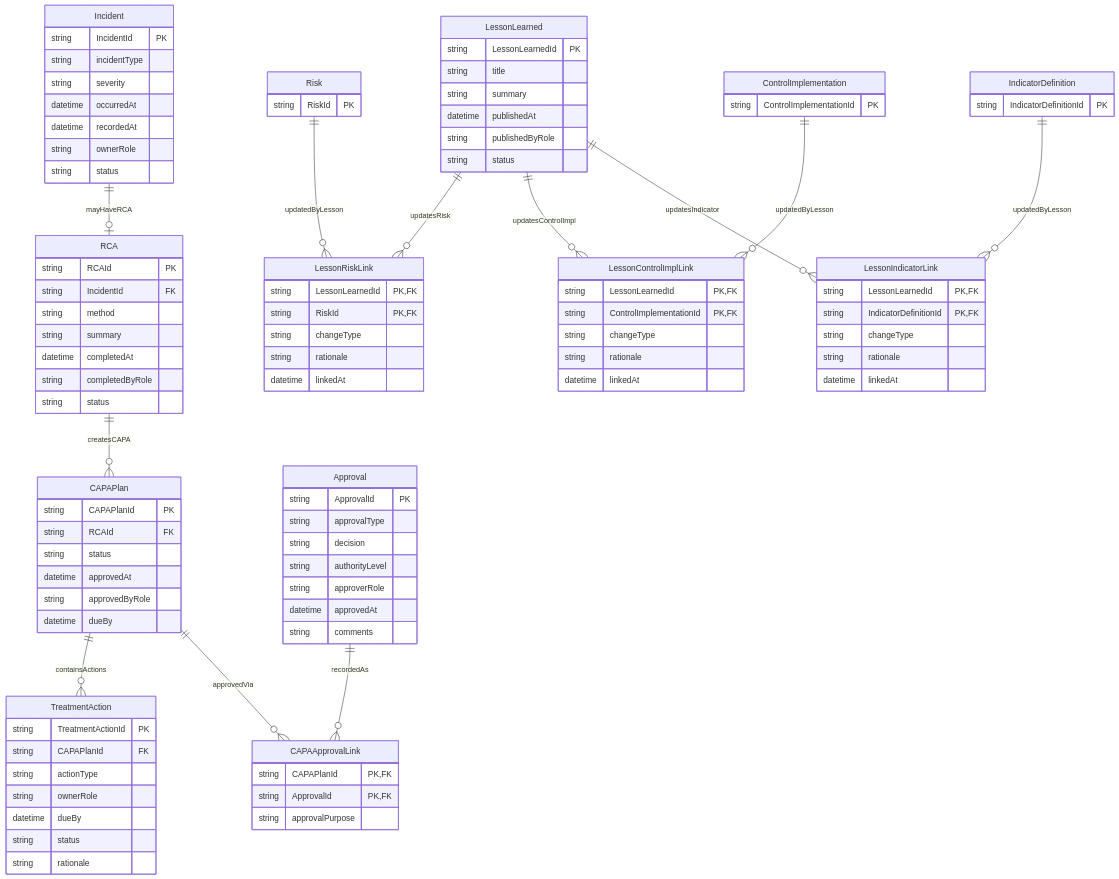
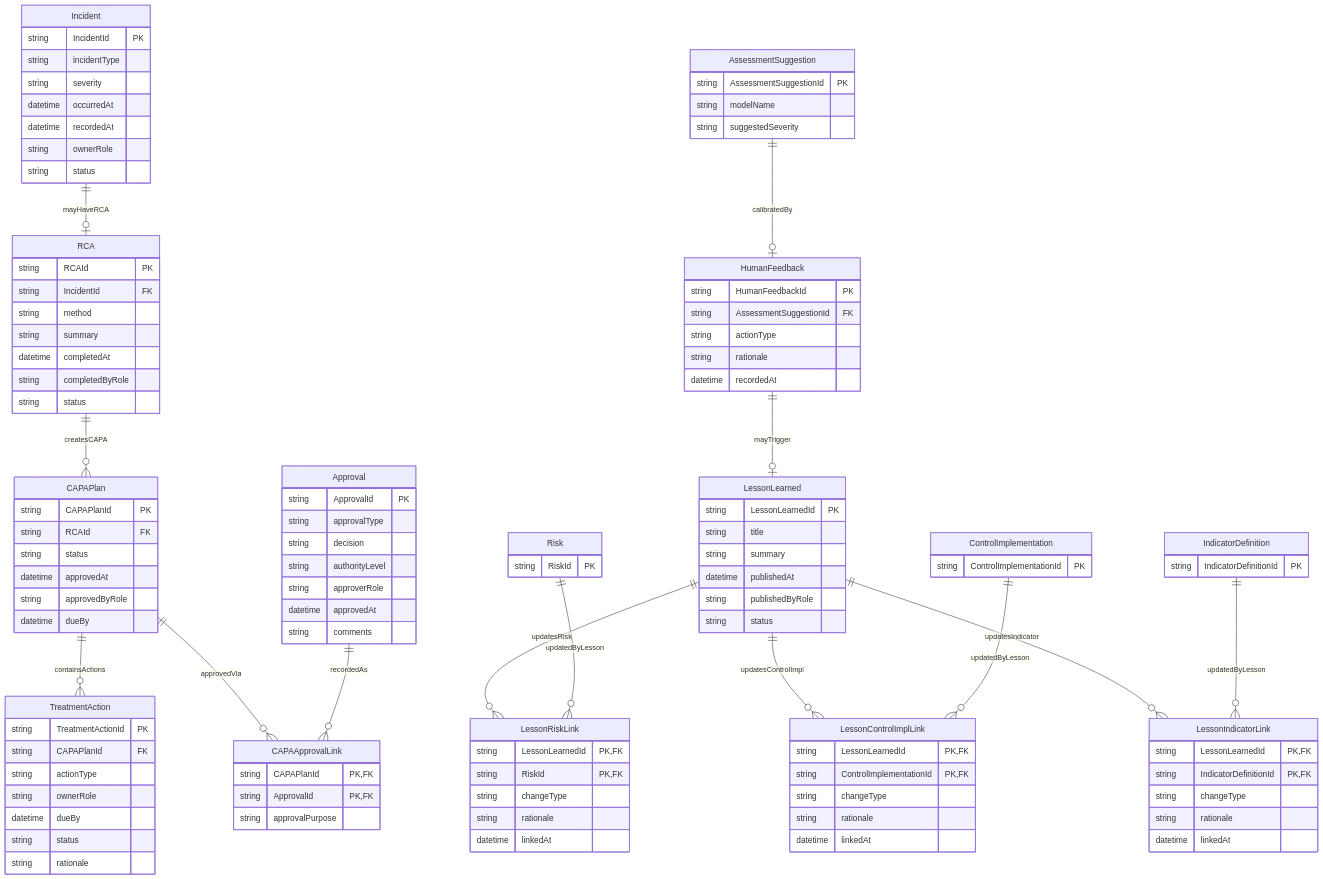
One commit to Domtellis/erm-platform changed the diagram in content/core/models/09-learning-loop/logical-ER.mmd. Above: the diagram before and after it, drawn with Mermaid. The commit also changed 158 other files, not shown here.

```diff
--- a/content/core/models/09-learning-loop/logical-ER.mmd
+++ b/content/core/models/09-learning-loop/logical-ER.mmd
@@ -1,116 +1,133 @@
 erDiagram
   Incident ||--o| RCA : mayHaveRCA
   RCA ||--o{ CAPAPlan : createsCAPA
   CAPAPlan ||--o{ TreatmentAction : containsActions
 
   LessonLearned ||--o{ LessonRiskLink : updatesRisk
   Risk ||--o{ LessonRiskLink : updatedByLesson
 
   LessonLearned ||--o{ LessonControlImplLink : updatesControlImpl
   ControlImplementation ||--o{ LessonControlImplLink : updatedByLesson
 
   LessonLearned ||--o{ LessonIndicatorLink : updatesIndicator
   IndicatorDefinition ||--o{ LessonIndicatorLink : updatedByLesson
 
   CAPAPlan ||--o{ CAPAApprovalLink : approvedVia
   Approval ||--o{ CAPAApprovalLink : recordedAs
+
+  AssessmentSuggestion ||--o| HumanFeedback : calibratedBy
+  HumanFeedback ||--o| LessonLearned : mayTrigger
 
   Incident {
     string IncidentId PK
     string incidentType
     string severity
     datetime occurredAt
     datetime recordedAt
     string ownerRole
     string status
   }
 
   RCA {
     string RCAId PK
     string IncidentId FK
     string method
     string summary
     datetime completedAt
     string completedByRole
     string status
   }
 
   CAPAPlan {
     string CAPAPlanId PK
     string RCAId FK
     string status
     datetime approvedAt
     string approvedByRole
     datetime dueBy
   }
 
   TreatmentAction {
     string TreatmentActionId PK
     string CAPAPlanId FK
     string actionType
     string ownerRole
     datetime dueBy
     string status
     string rationale
   }
 
   LessonLearned {
     string LessonLearnedId PK
     string title
     string summary
     datetime publishedAt
     string publishedByRole
     string status
   }
 
   Risk {
     string RiskId PK
   }
 
   ControlImplementation {
     string ControlImplementationId PK
   }
 
   IndicatorDefinition {
     string IndicatorDefinitionId PK
   }
 
   LessonRiskLink {
     string LessonLearnedId PK, FK
     string RiskId PK, FK
     string changeType
     string rationale
     datetime linkedAt
   }
 
   LessonControlImplLink {
     string LessonLearnedId PK, FK
     string ControlImplementationId PK, FK
     string changeType
     string rationale
     datetime linkedAt
   }
 
   LessonIndicatorLink {
     string LessonLearnedId PK, FK
     string IndicatorDefinitionId PK, FK
     string changeType
     string rationale
     datetime linkedAt
   }
 
   Approval {
     string ApprovalId PK
     string approvalType
     string decision
     string authorityLevel
     string approverRole
     datetime approvedAt
     string comments
   }
 
   CAPAApprovalLink {
     string CAPAPlanId PK, FK
     string ApprovalId PK, FK
     string approvalPurpose
   }
+
+  AssessmentSuggestion {
+    string AssessmentSuggestionId PK
+    string modelName
+    string suggestedSeverity
+  }
+
+  HumanFeedback {
+    string HumanFeedbackId PK
+    string AssessmentSuggestionId FK
+    string actionType
+    string rationale
+    datetime recordedAt
+  }
```
